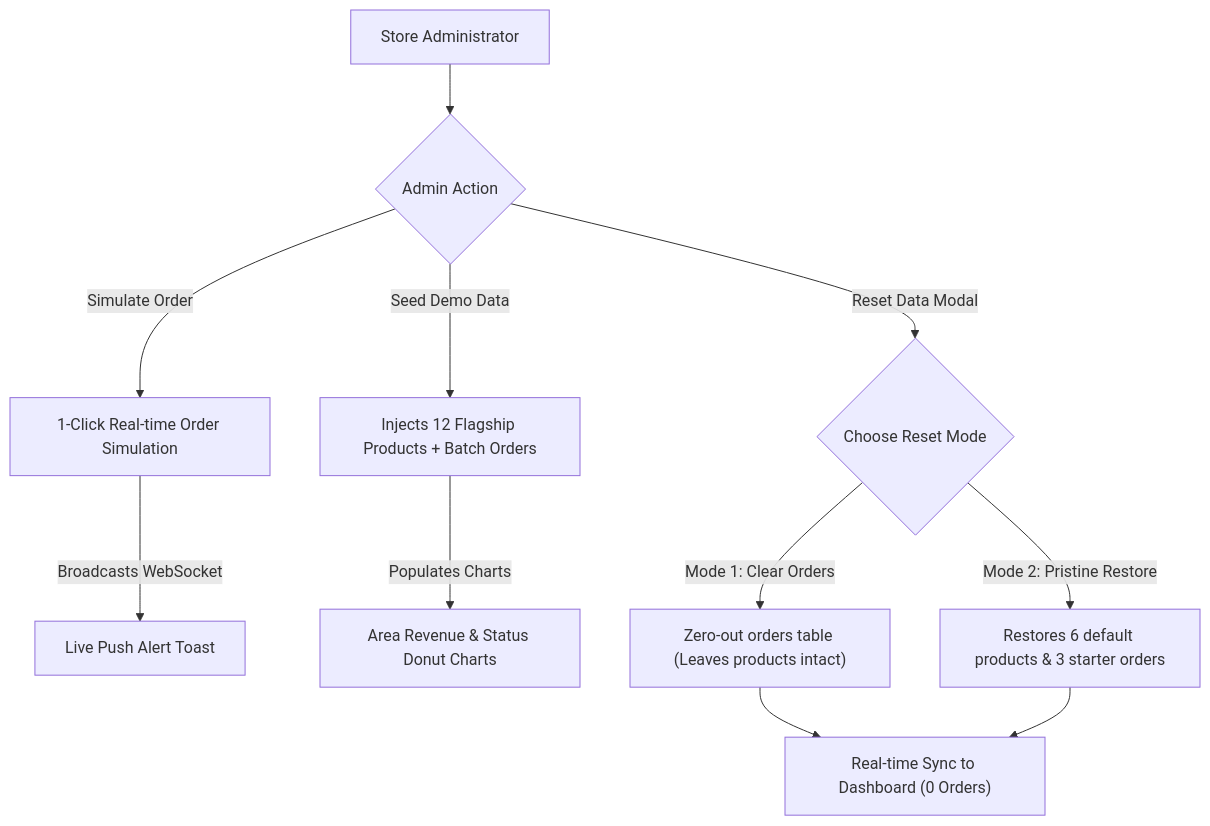
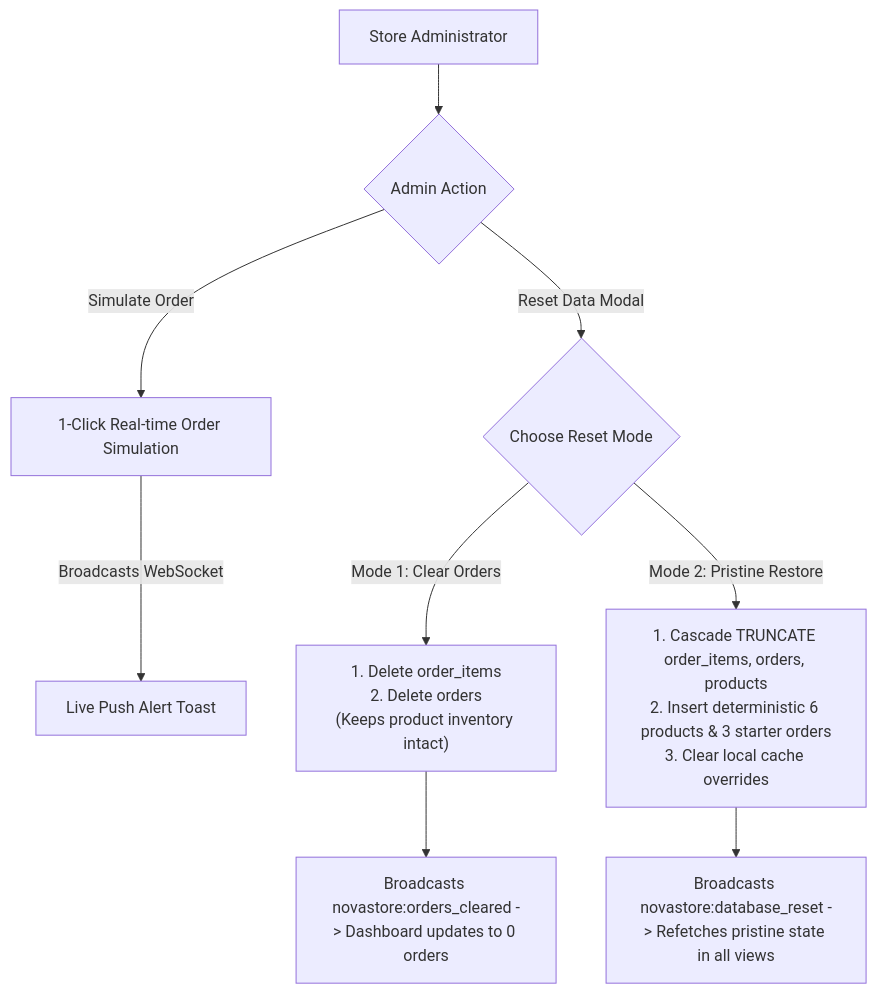
The fourth of 6 diagrams in docs/SYSTEM_FLOWCHART.md (aam19azmi/Mini-E-Commerce-and-Realtime-Dashboard), drawn with Mermaid before and after one commit. The commit also changed other lines of this file and 14 other files, not shown here.

Commit message:
refactor: implement robust stock management system with real-time sync, deterministic seeding, and cascade database reset procedures

````diff
--- a/docs/SYSTEM_FLOWCHART.md
+++ b/docs/SYSTEM_FLOWCHART.md
@@ -94,17 +99,14 @@
 ```mermaid
 flowchart TD
     Admin["Store Administrator"] --> Actions{"Admin Action"}
     
     Actions -->|"Simulate Order"| Sim["1-Click Real-time Order Simulation"]
     Sim -->|"Broadcasts WebSocket"| WS["Live Push Alert Toast"]
     
-    Actions -->|"Seed Demo Data"| Seed["Injects 12 Flagship Products + Batch Orders"]
-    Seed -->|"Populates Charts"| Charts["Area Revenue & Status Donut Charts"]
+    Actions -->|"Reset Data Modal"| ResetModal{"Choose Reset Mode"}
+    ResetModal -->|"Mode 1: Clear Orders"| ClearOrd["1. Delete order_items<br/>2. Delete orders<br/>(Keeps product inventory intact)"]
+    ResetModal -->|"Mode 2: Pristine Restore"| Pristine["1. Cascade TRUNCATE order_items, orders, products<br/>2. Insert deterministic 6 products & 3 starter orders<br/>3. Clear local cache overrides"]
     
-    Actions -->|"Reset Data Modal"| ResetModal{"Choose Reset Mode"}
-    ResetModal -->|"Mode 1: Clear Orders"| ClearOrd["Zero-out orders table (Leaves products intact)"]
-    ResetModal -->|"Mode 2: Pristine Restore"| Pristine["Restores 6 default products & 3 starter orders"]
-    
-    ClearOrd --> Sync["Real-time Sync to Dashboard (0 Orders)"]
-    Pristine --> Sync
+    ClearOrd --> Sync["Broadcasts novastore:orders_cleared -> Dashboard updates to 0 orders"]
+    Pristine --> SyncReset["Broadcasts novastore:database_reset -> Refetches pristine state in all views"]
 ```
````
